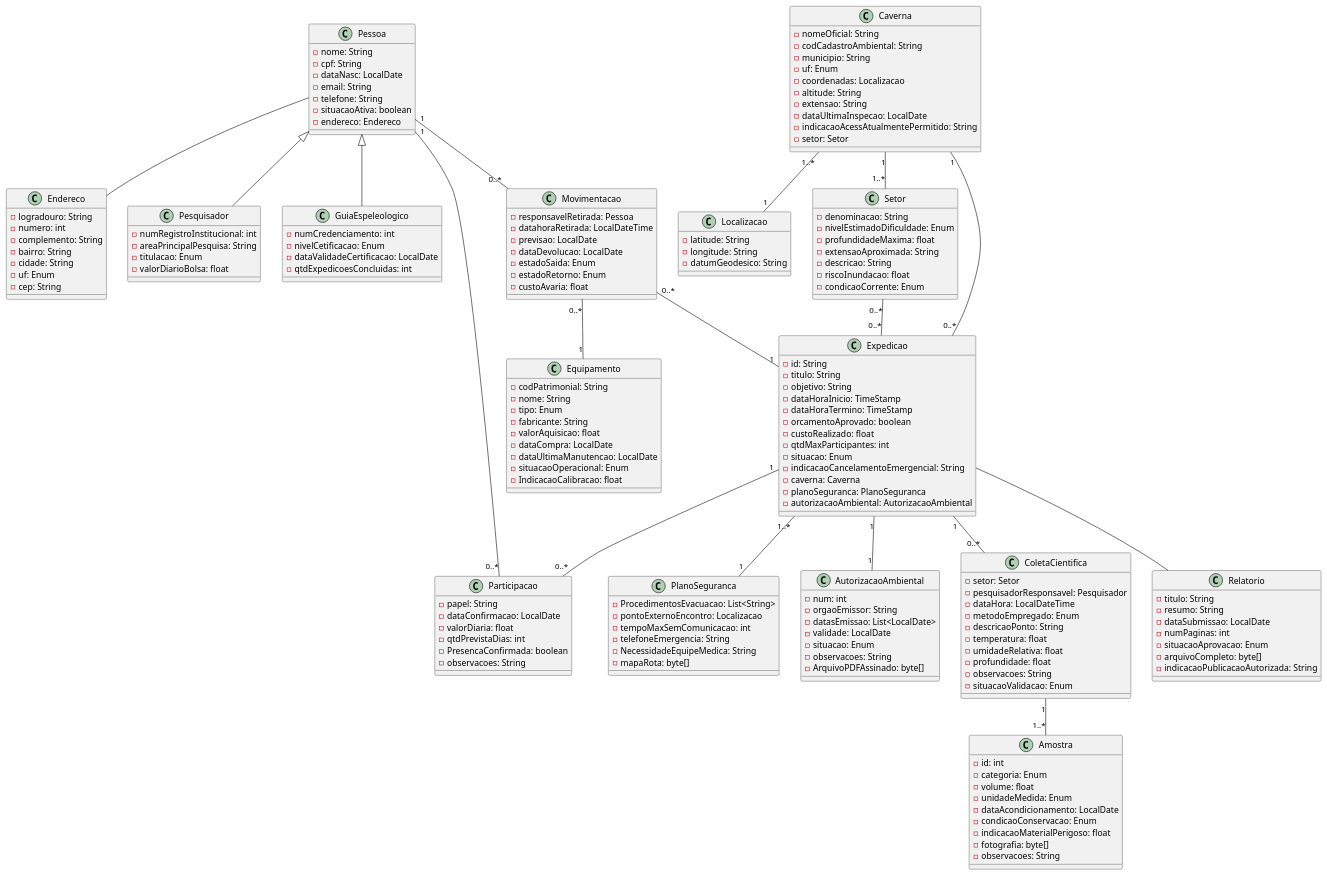
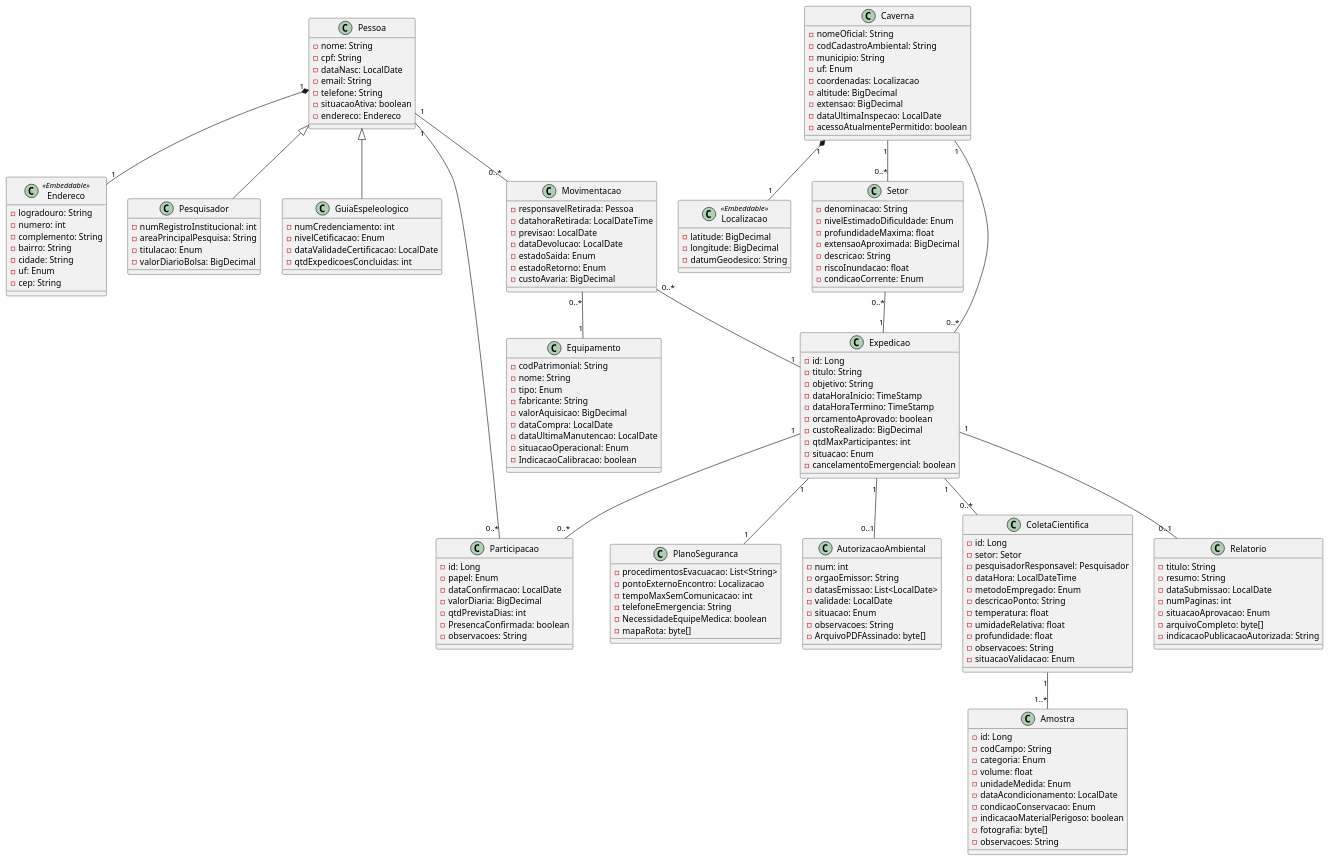
The diagram in docs/system-class-diagram.wsd (odilon-pontes/furna-de-lampiao), drawn with PlantUML before and after one commit.

Commit message:
docs: finishing system diagram

```diff
--- a/docs/system-class-diagram.wsd
+++ b/docs/system-class-diagram.wsd
@@ -1,189 +1,186 @@
 @startuml SystemClassDiagram
 
 class Pessoa {
     - nome: String
     - cpf: String
     - dataNasc: LocalDate
     - email: String
     - telefone: String
     - situacaoAtiva: boolean
     - endereco: Endereco
 }
 
-class Endereco {
+class Endereco <<Embeddable>> {
     - logradouro: String
     - numero: int
     - complemento: String
     - bairro: String
     - cidade: String
     - uf: Enum
     - cep: String
 }
 
 class Pesquisador {
     - numRegistroInstitucional: int
     - areaPrincipalPesquisa: String
     - titulacao: Enum
-    - valorDiarioBolsa: float
+    - valorDiarioBolsa: BigDecimal
 
 }
 
 class GuiaEspeleologico {
     - numCredenciamento: int
     - nivelCetificacao: Enum
     - dataValidadeCertificacao: LocalDate
     - qtdExpedicoesConcluidas: int
 }
 
 class Participacao {
-    - papel: String
+    - id: Long
+    - papel: Enum   
     - dataConfirmacao: LocalDate
-    - valorDiaria: float
+    - valorDiaria: BigDecimal
     - qtdPrevistaDias: int
     - PresencaConfirmada: boolean
     - observacoes: String
 }
 
 class Caverna {
     - nomeOficial: String
     - codCadastroAmbiental: String
     - municipio: String
     - uf: Enum
     - coordenadas: Localizacao
-    - altitude: String
-    - extensao: String
+    - altitude: BigDecimal
+    - extensao: BigDecimal
     - dataUltimaInspecao: LocalDate
-    - indicacaoAcessAtualmentePermitido: String
-    'implicito?
-    - setor: Setor 
+    - acessoAtualmentePermitido: boolean
 }
 
-class Localizacao {
-    - latitude: String
-    - longitude: String
+class Localizacao <<Embeddable>> {
+    - latitude: BigDecimal
+    - longitude: BigDecimal
     - datumGeodesico: String
 }
 
 class Setor {
     - denominacao: String
     - nivelEstimadoDificuldade: Enum
     - profundidadeMaxima: float
-    - extensaoAproximada: String
+    - extensaoAproximada: BigDecimal
     - descricao: String
     - riscoInundacao: float
     - condicaoCorrente: Enum
 }
 
 class Expedicao {
-    - id: String
+    - id: Long
     - titulo: String
     - objetivo: String
     - dataHoraInicio: TimeStamp
     - dataHoraTermino: TimeStamp
     - orcamentoAprovado: boolean
-    - custoRealizado: float
+    - custoRealizado: BigDecimal
     - qtdMaxParticipantes: int
     - situacao: Enum
-    - indicacaoCancelamentoEmergencial: String
-    'implicito?
-    - caverna: Caverna
-    - planoSeguranca: PlanoSeguranca
-    - autorizacaoAmbiental: AutorizacaoAmbiental
+    - cancelamentoEmergencial: boolean
 }
 
 class PlanoSeguranca {
-    - ProcedimentosEvacuacao: List<String>
+    - procedimentosEvacuacao: List<String>
     - pontoExternoEncontro: Localizacao
     - tempoMaxSemComunicacao: int
     - telefoneEmergencia: String
-    - NecessidadeEquipeMedica: String
+    - NecessidadeEquipeMedica: boolean
     - mapaRota: byte[]
 }
 
 class AutorizacaoAmbiental {
     - num: int
     - orgaoEmissor: String
     - datasEmissao: List<LocalDate>
     - validade: LocalDate
     - situacao: Enum
     - observacoes: String
     - ArquivoPDFAssinado: byte[]
 }
 
 class Equipamento {
     - codPatrimonial: String
     - nome: String
     - tipo: Enum
     - fabricante: String
-    - valorAquisicao: float
+    - valorAquisicao: BigDecimal
     - dataCompra: LocalDate
     - dataUltimaManutencao: LocalDate
     - situacaoOperacional: Enum
-    - IndicacaoCalibracao: float
+    - IndicacaoCalibracao: boolean
 }
 
 class Movimentacao {
     - responsavelRetirada: Pessoa
     - datahoraRetirada: LocalDateTime
     - previsao: LocalDate
     - dataDevolucao: LocalDate 
     - estadoSaida: Enum
     - estadoRetorno: Enum
-    - custoAvaria: float
+    - custoAvaria: BigDecimal
 }
 
 class ColetaCientifica {
+    - id: Long
     - setor: Setor
     - pesquisadorResponsavel: Pesquisador
     - dataHora: LocalDateTime
     - metodoEmpregado: Enum
     - descricaoPonto: String
     - temperatura: float
     - umidadeRelativa: float
     - profundidade: float
     - observacoes: String
     - situacaoValidacao: Enum
 }
 
 class Amostra {
-    - id: int
+    - id: Long
+    - codCampo: String
     - categoria: Enum
     - volume: float
     - unidadeMedida: Enum
     - dataAcondicionamento: LocalDate
     - condicaoConservacao: Enum
-    - indicacaoMaterialPerigoso: float
+    - indicacaoMaterialPerigoso: boolean
     - fotografia: byte[]
     - observacoes: String
 }
 
 class Relatorio {
     - titulo: String
     - resumo: String
     - dataSubmissao: LocalDate
     - numPaginas: int
     - situacaoAprovacao: Enum
     - arquivoCompleto: byte[]
     - indicacaoPublicacaoAutorizada: String
 }
 
 Pessoa <|-- Pesquisador
 Pessoa <|-- GuiaEspeleologico
-Pessoa -- Endereco
+Pessoa "1" *-- "1" Endereco
 
 Pessoa "1" -- "0..*" Participacao
 Expedicao "1" -- "0..*" Participacao
-Caverna "1" -- "1..*" Setor
+Caverna "1" -- "0..*" Setor
 Caverna "1" -- "0..*" Expedicao
-Setor "0..*" -- "0..*" Expedicao
-Expedicao "1" -- "1" AutorizacaoAmbiental
+Setor "0..*" -- "1" Expedicao
+Expedicao "1" -- "0..1" AutorizacaoAmbiental
 Pessoa "1" -- "0..*" Movimentacao
 Movimentacao "0..*" -- "1" Equipamento
 Movimentacao "0..*" -- "1" Expedicao
 Expedicao "1" -- "0..*" ColetaCientifica
 ColetaCientifica "1" -- "1..*" Amostra
-Expedicao -- Relatorio
-Caverna "1..*" -- "1" Localizacao
-Expedicao "1..*" -- "1" PlanoSeguranca
+Expedicao "1" -- "0..1" Relatorio
+Caverna "1" *-- "1" Localizacao
+Expedicao "1" -- "1" PlanoSeguranca
 
 @enduml
```
